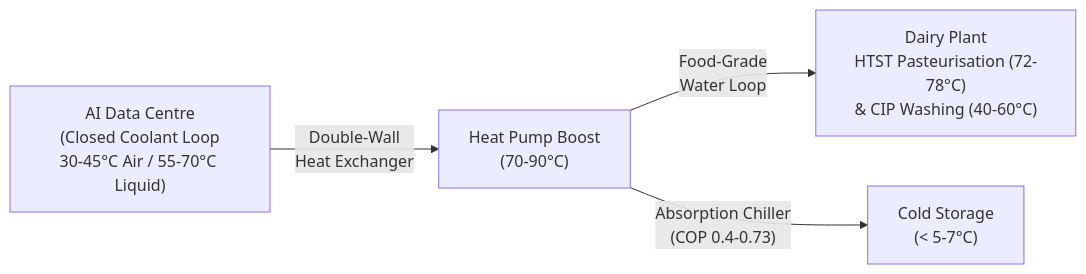
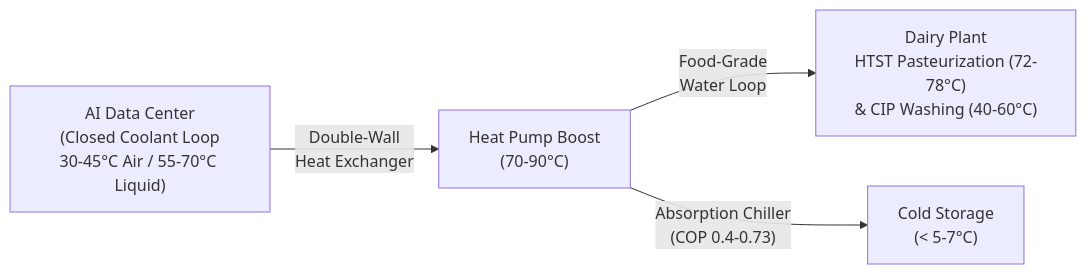
Before and after one commit to evecount/milkyways_NASA: the diagram in docs/index.md, drawn with Mermaid. The commit also changed other lines of this file and 8 other files, not shown here.

````diff
--- a/docs/index.md
+++ b/docs/index.md
@@ -23,6 +23,6 @@
 ```mermaid
 flowchart LR
-    DC["AI Data Centre<br/>(Closed Coolant Loop<br/>30-45°C Air / 55-70°C Liquid)"] -->|"Double-Wall<br/>Heat Exchanger"| HP["Heat Pump Boost<br/>(70-90°C)"]
-    HP -->|"Food-Grade<br/>Water Loop"| DP["Dairy Plant<br/>HTST Pasteurisation (72-78°C)<br/>& CIP Washing (40-60°C)"]
+    DC["AI Data Center<br/>(Closed Coolant Loop<br/>30-45°C Air / 55-70°C Liquid)"] -->|"Double-Wall<br/>Heat Exchanger"| HP["Heat Pump Boost<br/>(70-90°C)"]
+    HP -->|"Food-Grade<br/>Water Loop"| DP["Dairy Plant<br/>HTST Pasteurization (72-78°C)<br/>& CIP Washing (40-60°C)"]
     HP -->|"Absorption Chiller<br/>(COP 0.4-0.73)"| CS["Cold Storage<br/>(< 5-7°C)"]
 ```
````
